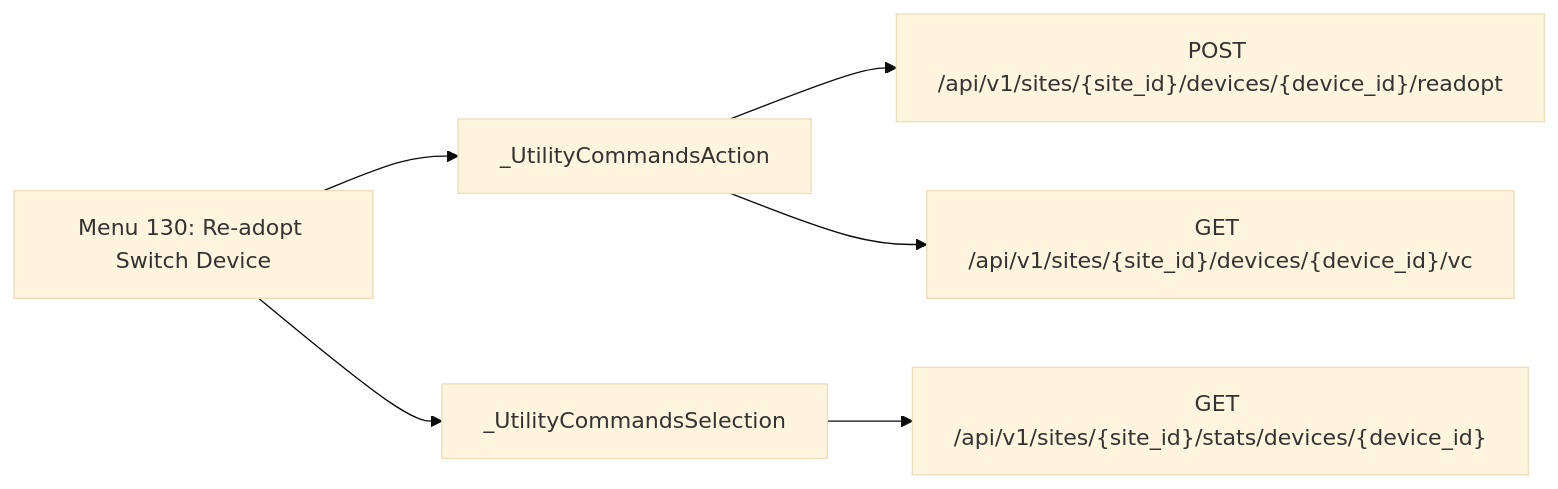
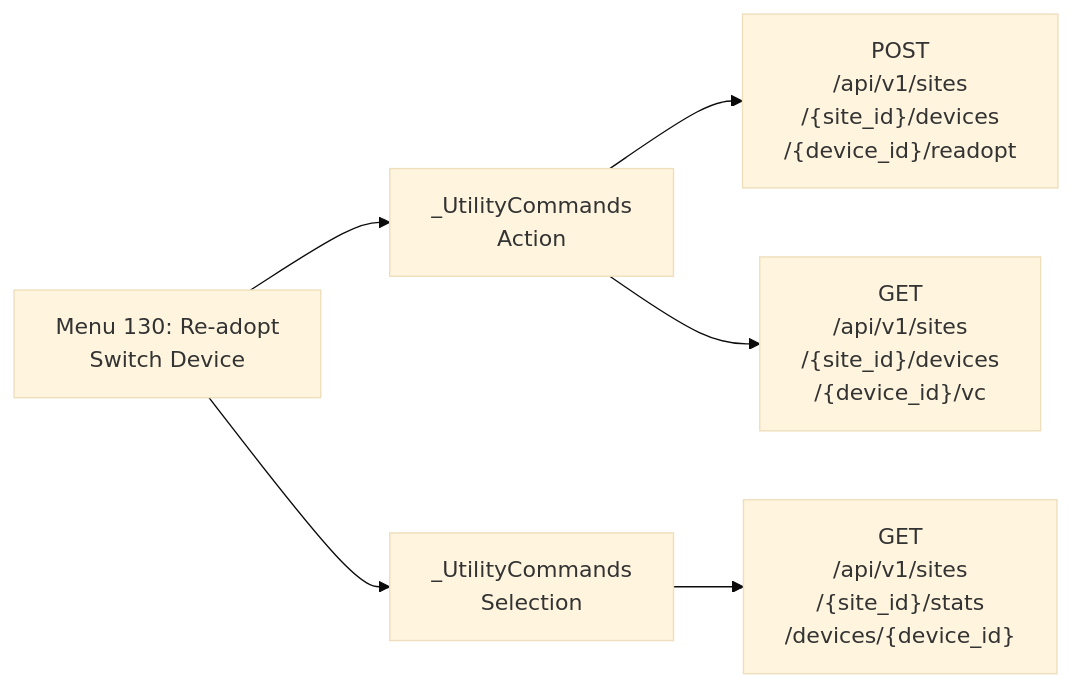
One commit to jmorrison-juniper/MistHelper changed the eighth of 28 diagrams in documentation/menu-api/interactive.md. Above: the diagram before and after it, drawn with Mermaid (base theme). The commit also changed other lines of this file and 19 other files, not shown here.

First line of the commit message:
docs(menu-api): fit the Mermaid diagrams to the wiki column

````diff
--- a/documentation/menu-api/interactive.md
+++ b/documentation/menu-api/interactive.md
@@ -330,9 +182,9 @@
 ```mermaid
 flowchart LR
-    menu["Menu 130: Re-adopt Switch Device"]
-    menu --> c1["_UtilityCommandsAction"]
-    c1 --> e1["POST /api/v1/sites/{site_id}/devices/{device_id}/readopt"]
-    c1 --> e2["GET /api/v1/sites/{site_id}/devices/{device_id}/vc"]
-    menu --> c2["_UtilityCommandsSelection"]
-    c2 --> e3["GET /api/v1/sites/{site_id}/stats/devices/{device_id}"]
+    menu["Menu 130: Re-adopt<br/>Switch Device"]
+    menu --> c1["_UtilityCommands<br/>Action"]
+    c1 --> e1["POST<br/>/api/v1/sites<br/>/{site_id}/devices<br/>/{device_id}/readopt"]
+    c1 --> e2["GET<br/>/api/v1/sites<br/>/{site_id}/devices<br/>/{device_id}/vc"]
+    menu --> c2["_UtilityCommands<br/>Selection"]
+    c2 --> e3["GET<br/>/api/v1/sites<br/>/{site_id}/stats<br/>/devices/{device_id}"]
 ```
````
